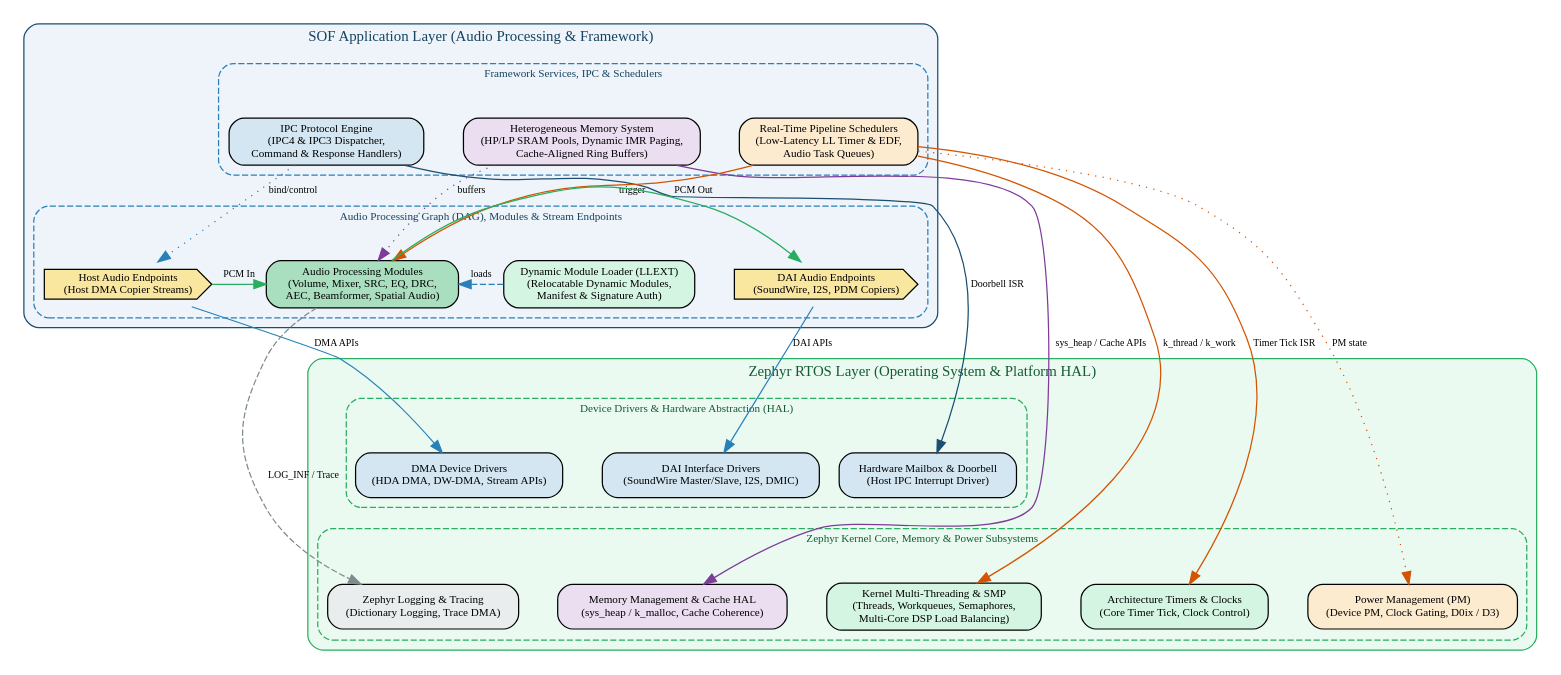
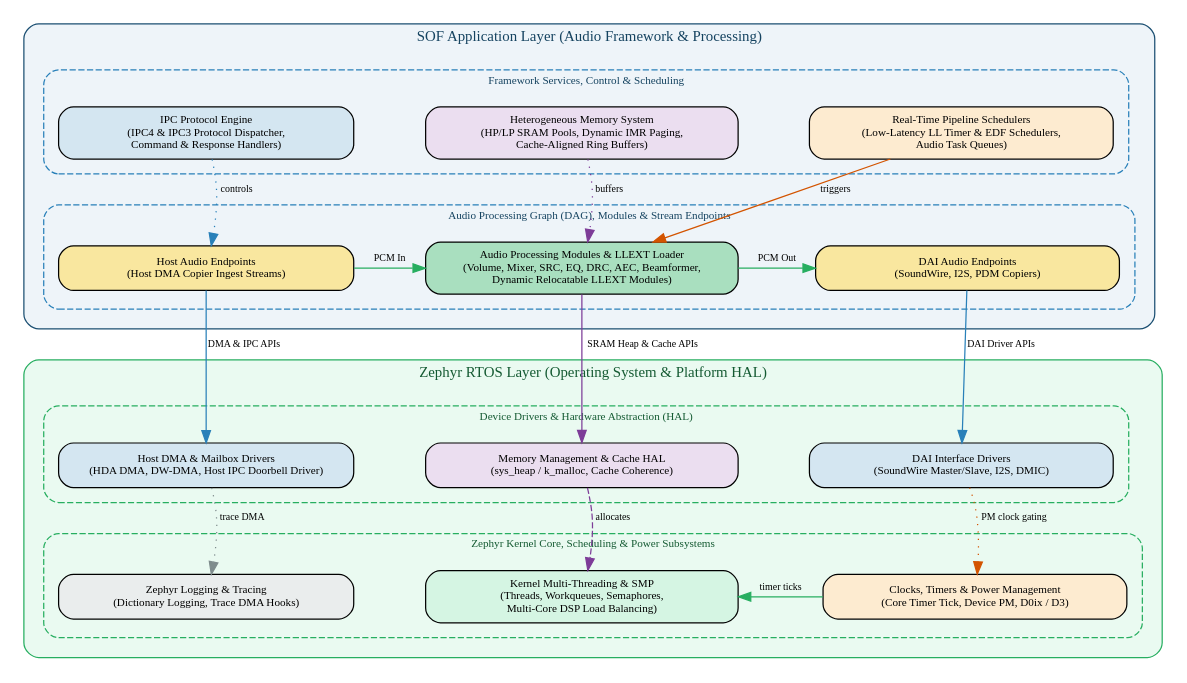
Before and after one commit to thesofproject/sof-docs: the third of 4 diagrams in architectures/index.rst, drawn with Graphviz. The commit also changed 15 other files, not shown here.

First line of the commit message:
architectures: align firmware arch diagram and support dark-theme favicon

```diff
--- a/architectures/index.rst
+++ b/architectures/index.rst
@@ -358,42 +358,44 @@
 
    digraph fw_architecture {
        rankdir=TB;
-       nodesep=0.22;
-       ranksep=0.32;
+       nodesep=0.40;
+       ranksep=0.42;
        compound=true;
-       node [shape=box, style="filled,rounded", fontname="Verdana", fontsize=9, margin="0.12,0.06"];
+       node [shape=box, style="filled,rounded", fontname="Verdana", fontsize=9, margin="0.16,0.08"];
        edge [fontname="Verdana", fontsize=8, color="#555555"];
 
        // =========================================================================
        // UPPER PART: SOF APPLICATION LAYER
        // =========================================================================
        subgraph cluster_sof_app {
-           label = "SOF Application Layer (Audio Processing & Framework)";
+           label = "SOF Application Layer (Audio Framework & Processing)";
            style = "filled,rounded";
            color = "#1b4f72";
            fillcolor = "#eef4f9";
            fontname = "Verdana-Bold";
            fontsize = 12;
            fontcolor = "#154360";
+           margin = 16;
 
-           // Top Box: Framework Services, IPC & Schedulers
+           // Row 1: Framework Services, Control & Scheduling
            subgraph cluster_sof_services {
-               label = "Framework Services, IPC & Schedulers";
+               label = "Framework Services, Control & Scheduling";
                style = "dashed,rounded";
                color = "#2980b9";
                fillcolor = "#ffffff";
                fontname = "Verdana-Bold";
                fontsize = 9;
+               margin = 12;
 
-               sof_ipc [label="IPC Protocol Engine\n(IPC4 & IPC3 Dispatcher,\nCommand & Response Handlers)", fillcolor="#d4e6f1"];
-               sof_mem [label="Heterogeneous Memory System\n(HP/LP SRAM Pools, Dynamic IMR Paging,\nCache-Aligned Ring Buffers)", fillcolor="#ebdef0"];
-               sof_sched [label="Real-Time Pipeline Schedulers\n(Low-Latency LL Timer & EDF,\nAudio Task Queues)", fillcolor="#fdebd0"];
+               sof_ipc [label="IPC Protocol Engine\n(IPC4 & IPC3 Protocol Dispatcher,\nCommand & Response Handlers)", fillcolor="#d4e6f1", width=3.3];
+               sof_mem [label="Heterogeneous Memory System\n(HP/LP SRAM Pools, Dynamic IMR Paging,\nCache-Aligned Ring Buffers)", fillcolor="#ebdef0", width=3.5];
+               sof_sched [label="Real-Time Pipeline Schedulers\n(Low-Latency LL Timer & EDF Schedulers,\nAudio Task Queues)", fillcolor="#fdebd0", width=3.4];
 
-               sof_ipc -> sof_mem -> sof_sched [style=invis];
+               sof_ipc -> sof_mem -> sof_sched [style=invis, weight=10];
                { rank=same; sof_ipc; sof_mem; sof_sched; }
            }
 
-           // Bottom Box: Audio Processing Graph & Endpoints
+           // Row 2: Audio Processing Graph & Endpoints
            subgraph cluster_sof_pipeline {
                label = "Audio Processing Graph (DAG), Modules & Stream Endpoints";
                style = "dashed,rounded";
@@ -401,24 +403,26 @@
                fillcolor = "#ffffff";
                fontname = "Verdana-Bold";
                fontsize = 9;
+               margin = 12;
 
-               sof_ep_host [label="Host Audio Endpoints\n(Host DMA Copier Streams)", fillcolor="#f9e79f", shape=cds];
-               sof_modules [label="Audio Processing Modules\n(Volume, Mixer, SRC, EQ, DRC,\nAEC, Beamformer, Spatial Audio)", fillcolor="#a9dfbf"];
-               sof_llext [label="Dynamic Module Loader (LLEXT)\n(Relocatable Dynamic Modules,\nManifest & Signature Auth)", fillcolor="#d5f5e3"];
-               sof_ep_dai [label="DAI Audio Endpoints\n(SoundWire, I2S, PDM Copiers)", fillcolor="#f9e79f", shape=cds];
+               sof_ep_host [label="Host Audio Endpoints\n(Host DMA Copier Ingest Streams)", fillcolor="#f9e79f", width=3.3];
+               sof_modules [label="Audio Processing Modules & LLEXT Loader\n(Volume, Mixer, SRC, EQ, DRC, AEC, Beamformer,\nDynamic Relocatable LLEXT Modules)", fillcolor="#a9dfbf", width=3.5];
+               sof_ep_dai [label="DAI Audio Endpoints\n(SoundWire, I2S, PDM Copiers)", fillcolor="#f9e79f", width=3.4];
 
-               sof_ep_host -> sof_modules [label="PCM In", color="#27ae60", weight=20];
-               sof_modules -> sof_ep_dai [label="PCM Out", color="#27ae60", weight=20];
-               sof_llext -> sof_modules [label="loads", style=dashed, color="#2980b9", constraint=false];
-
-               sof_ep_host -> sof_modules -> sof_llext -> sof_ep_dai [style=invis];
-               { rank=same; sof_ep_host; sof_modules; sof_llext; sof_ep_dai; }
+               sof_ep_host -> sof_modules [label="PCM In", color="#27ae60", constraint=false];
+               sof_modules -> sof_ep_dai [label="PCM Out", color="#27ae60", constraint=false];
+               sof_ep_host -> sof_modules -> sof_ep_dai [style=invis, weight=10];
+               { rank=same; sof_ep_host; sof_modules; sof_ep_dai; }
            }
 
-           // Intra-App Control Flows
-           sof_ipc -> sof_ep_host [label="bind/control", style=dotted, color="#2980b9"];
-           sof_mem -> sof_modules [label="buffers", style=dotted, color="#7d3c98"];
-           sof_sched -> sof_modules [label="trigger", color="#d35400"];
+           // Intra-Application Alignment & Signals
+           sof_ipc -> sof_ep_host [style=invis, weight=20];
+           sof_mem -> sof_modules [style=invis, weight=20];
+           sof_sched -> sof_ep_dai [style=invis, weight=20];
+
+           sof_ipc -> sof_ep_host [label="controls", style=dotted, color="#2980b9", constraint=false];
+           sof_mem -> sof_modules [label="buffers", style=dotted, color="#7d3c98", constraint=false];
+           sof_sched -> sof_modules [label="triggers", color="#d35400", constraint=false];
        }
 
        // =========================================================================
@@ -432,8 +436,9 @@
            fontname = "Verdana-Bold";
            fontsize = 12;
            fontcolor = "#145a32";
+           margin = 16;
 
-           // Top Subcluster: Device Drivers & Hardware HAL
+           // Row 3: Device Drivers & Hardware HAL
            subgraph cluster_z_drivers {
                label = "Device Drivers & Hardware Abstraction (HAL)";
                style = "dashed,rounded";
@@ -441,52 +446,49 @@
                fillcolor = "#ffffff";
                fontname = "Verdana-Bold";
                fontsize = 9;
+               margin = 12;
 
-               z_mailbox [label="Hardware Mailbox & Doorbell\n(Host IPC Interrupt Driver)", fillcolor="#d4e6f1"];
-               z_dma_drv [label="DMA Device Drivers\n(HDA DMA, DW-DMA, Stream APIs)", fillcolor="#d4e6f1"];
-               z_dai_drv [label="DAI Interface Drivers\n(SoundWire Master/Slave, I2S, DMIC)", fillcolor="#d4e6f1"];
+               z_dma_mbx [label="Host DMA & Mailbox Drivers\n(HDA DMA, DW-DMA, Host IPC Doorbell Driver)", fillcolor="#d4e6f1", width=3.3];
+               z_mem_hal [label="Memory Management & Cache HAL\n(sys_heap / k_malloc, Cache Coherence)", fillcolor="#ebdef0", width=3.5];
+               z_dai_drv [label="DAI Interface Drivers\n(SoundWire Master/Slave, I2S, DMIC)", fillcolor="#d4e6f1", width=3.4];
 
-               z_mailbox -> z_dma_drv -> z_dai_drv [style=invis];
-               { rank=same; z_mailbox; z_dma_drv; z_dai_drv; }
+               z_dma_mbx -> z_mem_hal -> z_dai_drv [style=invis, weight=10];
+               { rank=same; z_dma_mbx; z_mem_hal; z_dai_drv; }
            }
 
-           // Bottom Subcluster: Kernel Core, Memory & Power Subsystems
+           // Row 4: Kernel Core, Scheduling & Power Subsystems
            subgraph cluster_z_core {
-               label = "Zephyr Kernel Core, Memory & Power Subsystems";
+               label = "Zephyr Kernel Core, Scheduling & Power Subsystems";
                style = "dashed,rounded";
                color = "#27ae60";
                fillcolor = "#ffffff";
                fontname = "Verdana-Bold";
                fontsize = 9;
+               margin = 12;
 
-               z_log [label="Zephyr Logging & Tracing\n(Dictionary Logging, Trace DMA)", fillcolor="#eaeded"];
-               z_mem_hal [label="Memory Management & Cache HAL\n(sys_heap / k_malloc, Cache Coherence)", fillcolor="#ebdef0"];
-               z_kernel [label="Kernel Multi-Threading & SMP\n(Threads, Workqueues, Semaphores,\nMulti-Core DSP Load Balancing)", fillcolor="#d5f5e3"];
-               z_timer [label="Architecture Timers & Clocks\n(Core Timer Tick, Clock Control)", fillcolor="#d5f5e3"];
-               z_pm [label="Power Management (PM)\n(Device PM, Clock Gating, D0ix / D3)", fillcolor="#fdebd0"];
+               z_log [label="Zephyr Logging & Tracing\n(Dictionary Logging, Trace DMA Hooks)", fillcolor="#eaeded", width=3.3];
+               z_kernel [label="Kernel Multi-Threading & SMP\n(Threads, Workqueues, Semaphores,\nMulti-Core DSP Load Balancing)", fillcolor="#d5f5e3", width=3.5];
+               z_timer_pm [label="Clocks, Timers & Power Management\n(Core Timer Tick, Device PM, D0ix / D3)", fillcolor="#fdebd0", width=3.4];
 
-               z_log -> z_mem_hal -> z_kernel -> z_timer -> z_pm [style=invis];
-               { rank=same; z_log; z_mem_hal; z_kernel; z_timer; z_pm; }
+               z_log -> z_kernel -> z_timer_pm [style=invis, weight=10];
+               { rank=same; z_log; z_kernel; z_timer_pm; }
            }
 
-           // Stacking driver cluster above core cluster
-           z_mailbox -> z_log [style=invis, weight=5];
-           z_dma_drv -> z_mem_hal [style=invis, weight=5];
-           z_dai_drv -> z_kernel [style=invis, weight=5];
+           // Intra-Zephyr Alignment & Signals
+           z_dma_mbx -> z_log [style=invis, weight=20];
+           z_mem_hal -> z_kernel [style=invis, weight=20];
+           z_dai_drv -> z_timer_pm [style=invis, weight=20];
+
+           z_dma_mbx -> z_log [label="trace DMA", style=dotted, color="#7f8c8d", constraint=false];
+           z_mem_hal -> z_kernel [label="allocates", style=dashed, color="#7d3c98", constraint=false];
+           z_dai_drv -> z_timer_pm [label="PM clock gating", style=dotted, color="#d35400", constraint=false];
+           z_timer_pm -> z_kernel [label="timer ticks", color="#27ae60", constraint=false];
        }
 
-       // Inter-Layer Bindings:
-       // Left: IPC & Mailbox
-       sof_ipc -> z_mailbox [label="Doorbell ISR", color="#1b4f72"];
-       sof_ep_host -> z_dma_drv [label="DMA APIs", color="#2980b9"];
-
-       // Center: Memory & Logging
-       sof_mem -> z_mem_hal [label="sys_heap / Cache APIs", color="#7d3c98", weight=5];
-       sof_modules -> z_log [label="LOG_INF / Trace", color="#7f8c8d", style=dashed];
-
-       // Right: Schedulers, DAI & Kernel Core
-       sof_ep_dai -> z_dai_drv [label="DAI APIs", color="#2980b9"];
-       sof_sched -> z_kernel [label="k_thread / k_work", color="#d35400"];
-       sof_sched -> z_timer [label="Timer Tick ISR", color="#d35400"];
-       sof_sched -> z_pm [label="PM state", color="#d35400", style=dotted];
+       // =========================================================================
+       // INTER-LAYER SPINES (STRAIGHT DOWN PARALLEL VERTICAL EDGES)
+       // =========================================================================
+       sof_ep_host -> z_dma_mbx [label="DMA & IPC APIs", color="#2980b9", weight=20];
+       sof_modules -> z_mem_hal [label="SRAM Heap & Cache APIs", color="#7d3c98", weight=20];
+       sof_ep_dai -> z_dai_drv [label="DAI Driver APIs", color="#2980b9", weight=20];
    }
```
